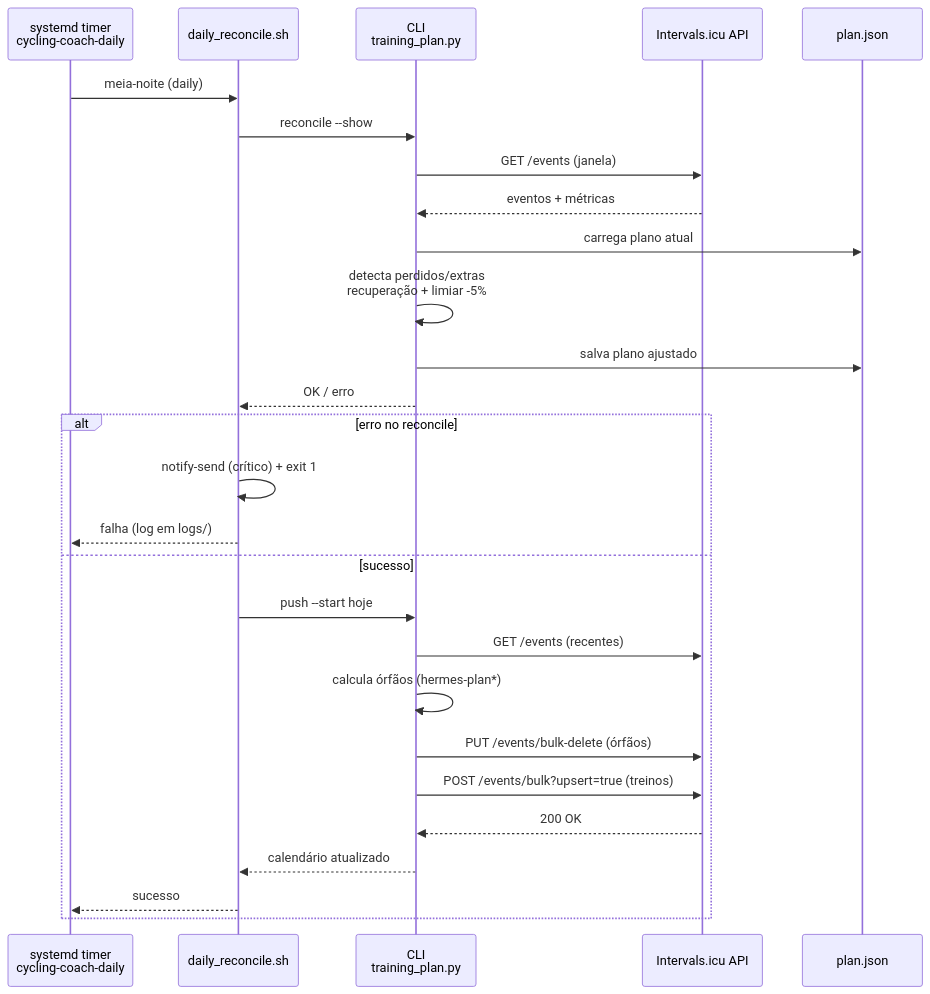
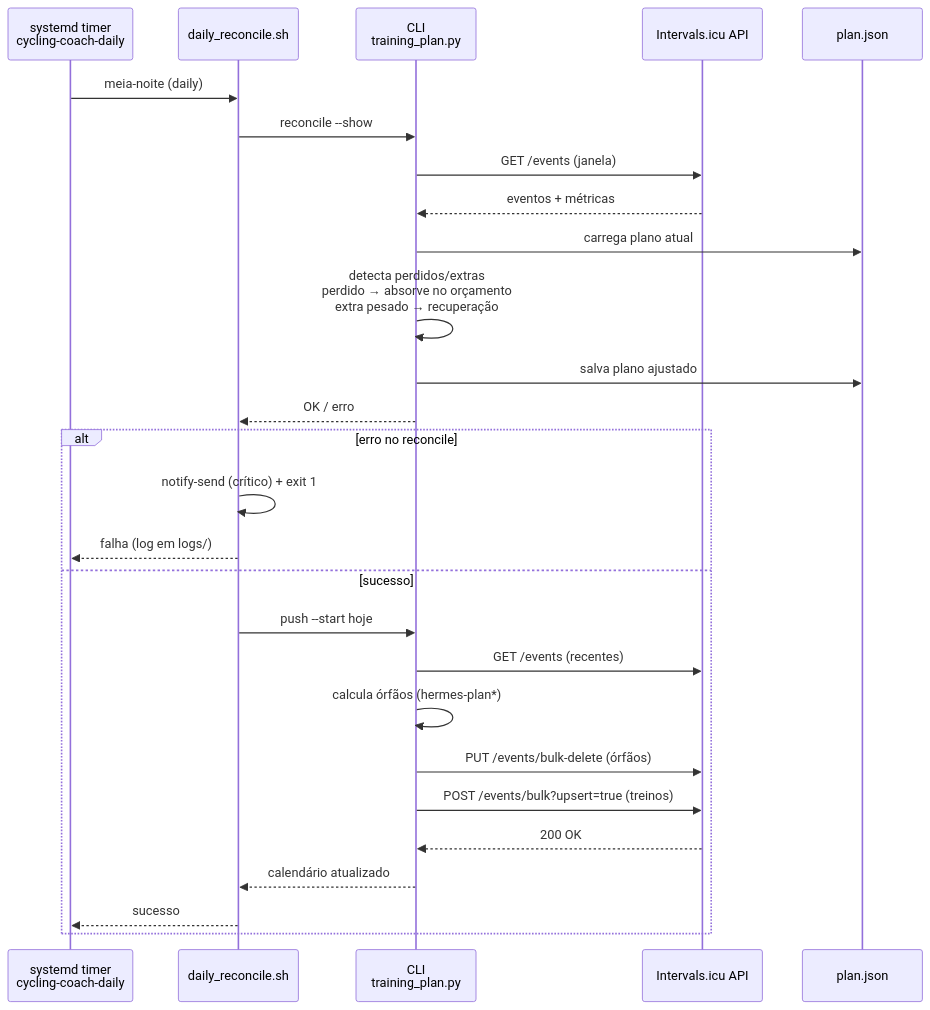
Before and after one commit to valdelin/Hermes-coach: the second of 6 diagrams in docs/DIAGRAMAS.md, drawn with Mermaid. The commit also changed other lines of this file and 15 other files, not shown here.

````diff
--- a/docs/DIAGRAMAS.md
+++ b/docs/DIAGRAMAS.md
@@ -96,30 +96,30 @@
 ```mermaid
 sequenceDiagram
     participant T as systemd timer<br/>cycling-coach-daily
     participant S as daily_reconcile.sh
     participant C as CLI<br/>training_plan.py
     participant I as Intervals.icu API
     participant P as plan.json
 
     T->>S: meia-noite (daily)
     S->>C: reconcile --show
     C->>I: GET /events (janela)
     I-->>C: eventos + métricas
     C->>P: carrega plano atual
-    C->>C: detecta perdidos/extras<br/>recuperação + limiar -5%
+    C->>C: detecta perdidos/extras<br/>perdido → absorve no orçamento<br/>extra pesado → recuperação
     C->>P: salva plano ajustado
     C-->>S: OK / erro
     alt erro no reconcile
         S->>S: notify-send (crítico) + exit 1
         S-->>T: falha (log em logs/)
     else sucesso
         S->>C: push --start hoje
         C->>I: GET /events (recentes)
         C->>C: calcula órfãos (hermes-plan*)
         C->>I: PUT /events/bulk-delete (órfãos)
         C->>I: POST /events/bulk?upsert=true (treinos)
         I-->>C: 200 OK
         C-->>S: calendário atualizado
         S-->>T: sucesso
     end
 ```
````
